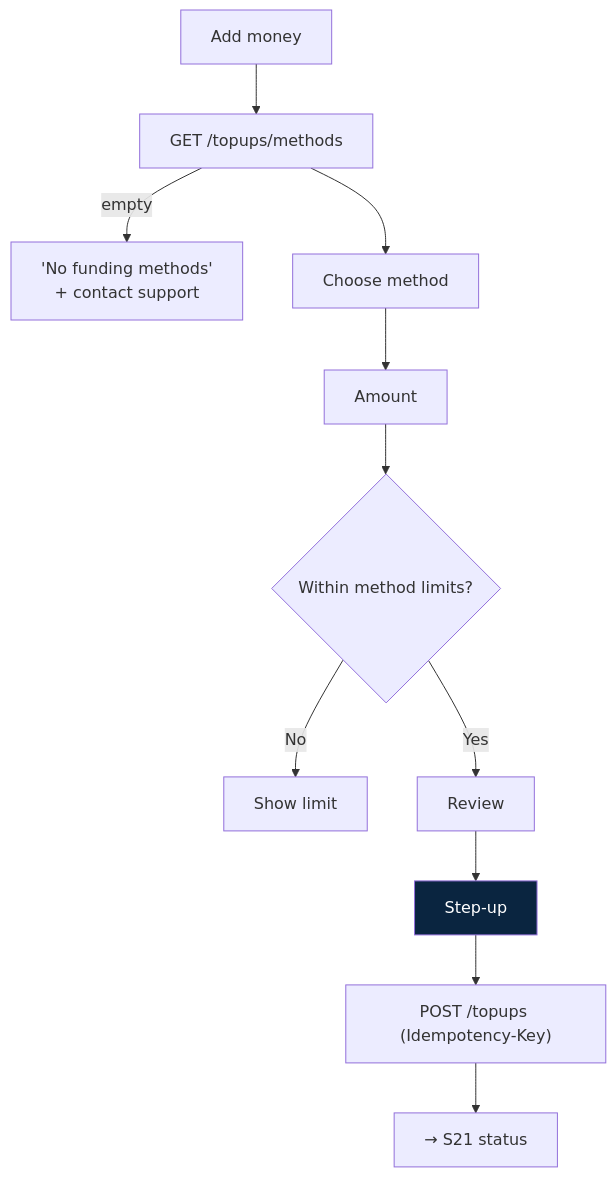
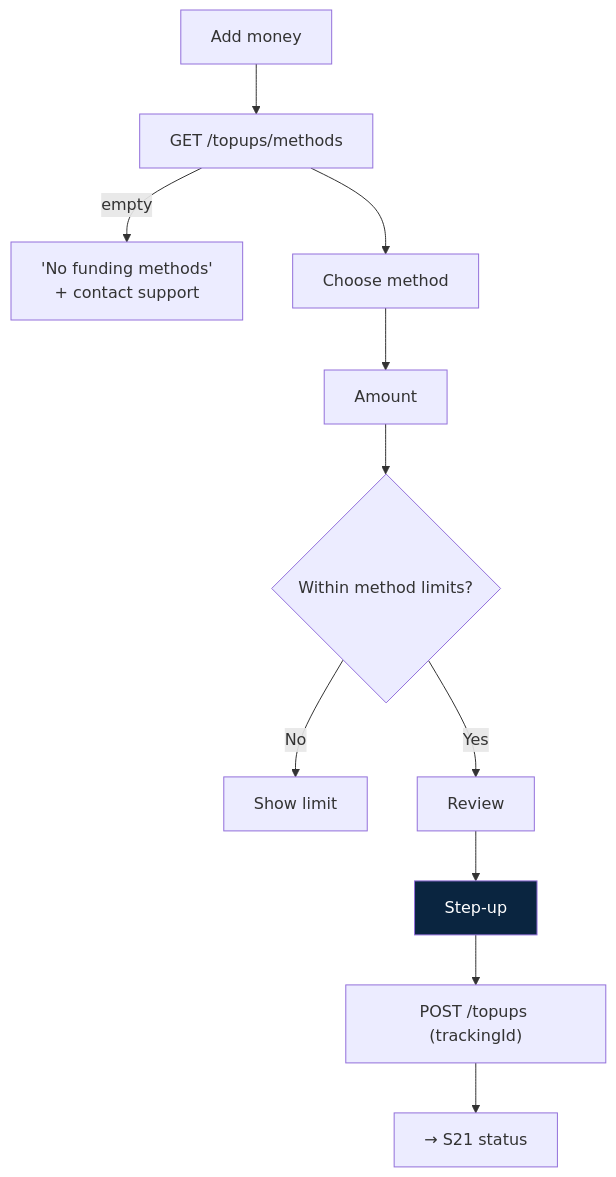
One commit to yr08ii/card-management-app changed diagram 16 of 21 in docs/card-app-complete-spec.md. Above: the diagram before and after it, drawn with Mermaid. The commit also changed other lines of this file and 1 other file, not shown here.

````diff
--- a/docs/card-app-complete-spec.md
+++ b/docs/card-app-complete-spec.md
@@ -762,15 +786,15 @@
 ```mermaid
 flowchart TD
     A["Add money"] --> B["GET /topups/methods"]
     B -->|empty| C["'No funding methods'<br/>+ contact support"]
     B --> D["Choose method"]
     D --> E["Amount"]
     E --> F{"Within method limits?"}
     F -->|No| G["Show limit"]
     F -->|Yes| H["Review"]
     H --> I["Step-up"]
-    I --> J["POST /topups (Idempotency-Key)"]
+    I --> J["POST /topups (trackingId)"]
     J --> K["→ S21 status"]
 
     style I fill:#0A2540,color:#fff
 ```
````
